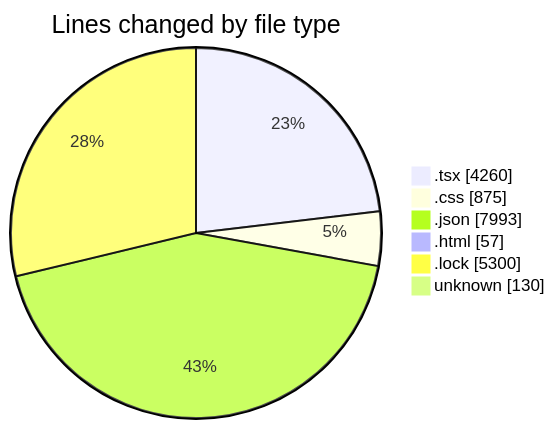
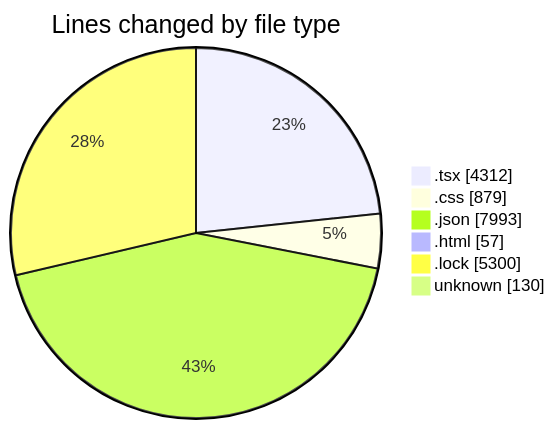
The first of 2 diagrams in 2025-08-12/ribbon/README.md (EIIisD/code-tracking), drawn with Mermaid before and after one commit. The commit also changed other lines of this file and 1 other file, not shown here.

````diff
--- a/2025-08-12/ribbon/README.md
+++ b/2025-08-12/ribbon/README.md
@@ -40,10 +41,10 @@
 ```mermaid
 pie showData
 title Lines changed by file type
-".tsx" : 4260
-".css" : 875
+".tsx" : 4312
+".css" : 879
 ".json" : 7993
 ".html" : 57
 ".lock" : 5300
 "unknown" : 130
 ```
````
